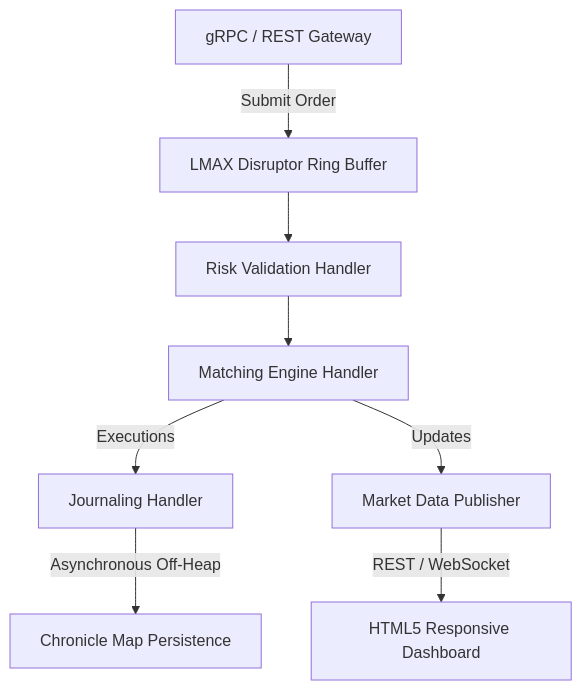
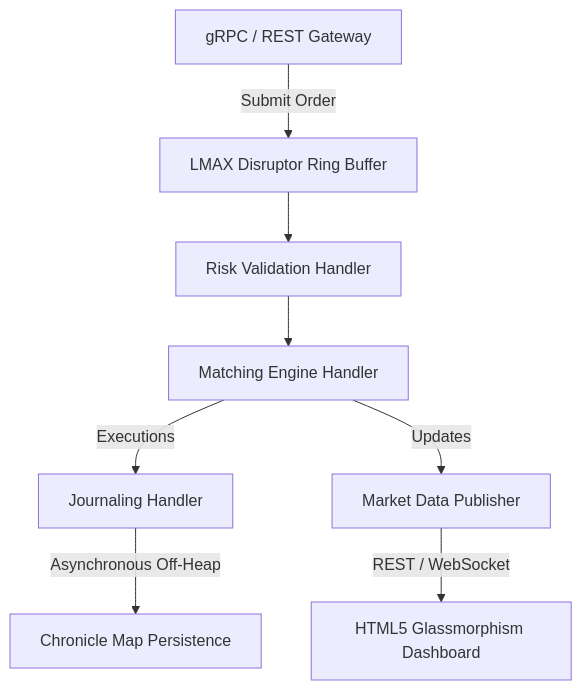
One commit to muthukvelan17-code/-High-Performance-Order-Matching-Engine-FinTech- changed the diagram in execution_report.md. Above: the diagram before and after it, drawn with Mermaid. The commit also changed other lines of this file, not shown here.

````diff
--- a/execution_report.md
+++ b/execution_report.md
@@ -11,10 +11,10 @@
 ```mermaid
 graph TD
     A[gRPC / REST Gateway] -->|Submit Order| B[LMAX Disruptor Ring Buffer]
     B --> C[Risk Validation Handler]
     C --> D[Matching Engine Handler]
     D -->|Executions| E[Journaling Handler]
     D -->|Updates| F[Market Data Publisher]
     E -->|Asynchronous Off-Heap| G[Chronicle Map Persistence]
-    F -->|REST / WebSocket| H[HTML5 Responsive Dashboard]
+    F -->|REST / WebSocket| H[HTML5 Glassmorphism Dashboard]
 ```
````
